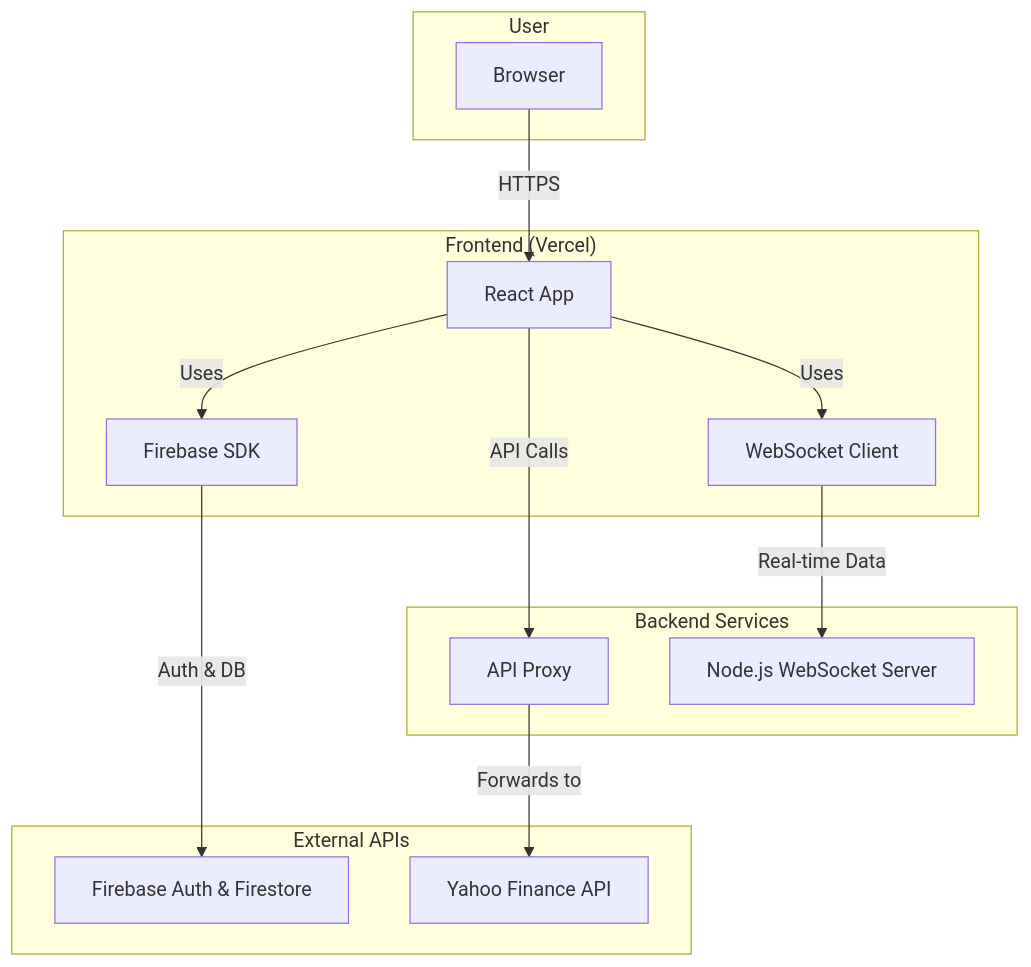
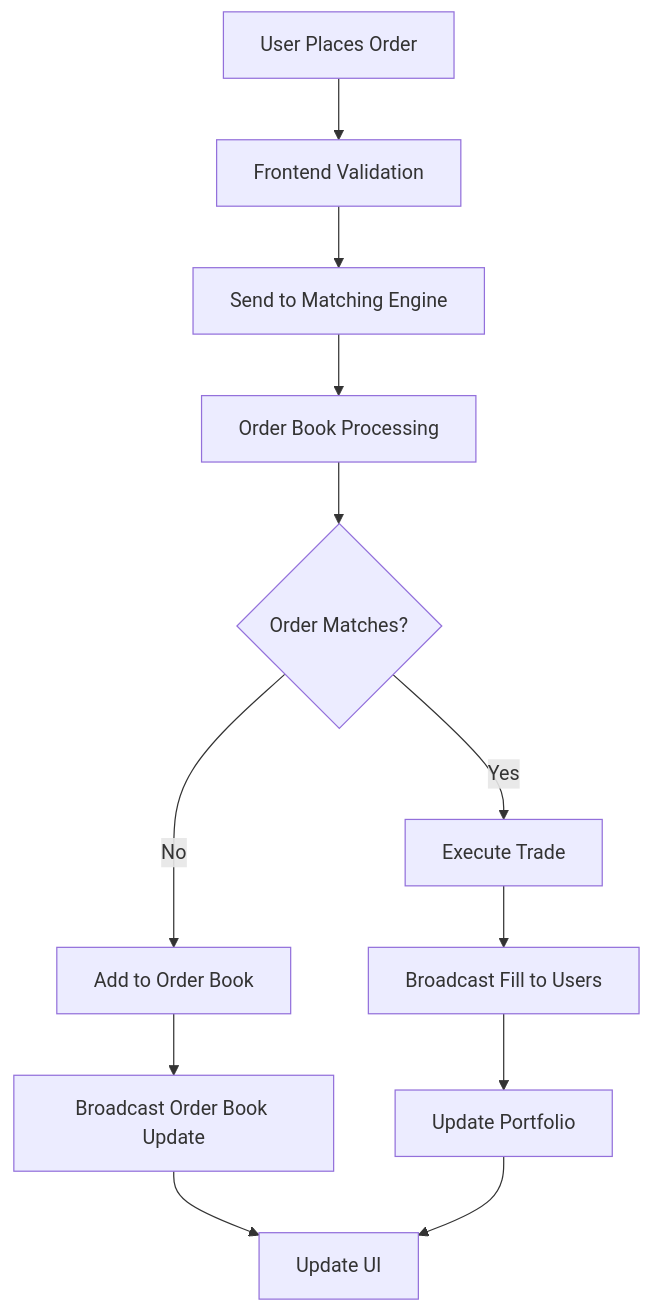
Before and after one commit to dmtrung14/O2Arena: the diagram in README.md, drawn with Mermaid. The commit also changed other lines of this file, not shown here.

````diff
--- a/README.md
+++ b/README.md
@@ -64,30 +68,14 @@
 ```mermaid
 graph TD
-    subgraph User
-        A[Browser]
-    end
-
-    subgraph "Frontend (Vercel)"
-        B[React App]
-        C[Firebase SDK]
-        D[WebSocket Client]
-    end
-
-    subgraph "Backend Services"
-        E[API Proxy]
-        F[Node.js WebSocket Server]
-    end
-
-    subgraph "External APIs"
-        G[Firebase Auth & Firestore]
-        I[Yahoo Finance API]
-    end
-
-    A -- "HTTPS" --> B;
-    B -- "Uses" --> C;
-    B -- "Uses" --> D;
-    B -- "API Calls" --> E;
-    C -- "Auth & DB" --> G;
-    D -- "Real-time Data" --> F;
-    E -- "Forwards to" --> I;
+    A[User Places Order] --> B[Frontend Validation]
+    B --> C[Send to Matching Engine]
+    C --> D[Order Book Processing]
+    D --> E{Order Matches?}
+    E -->|Yes| F[Execute Trade]
+    E -->|No| G[Add to Order Book]
+    F --> H[Broadcast Fill to Users]
+    G --> I[Broadcast Order Book Update]
+    H --> J[Update Portfolio]
+    I --> K[Update UI]
+    J --> K
 ```
````
